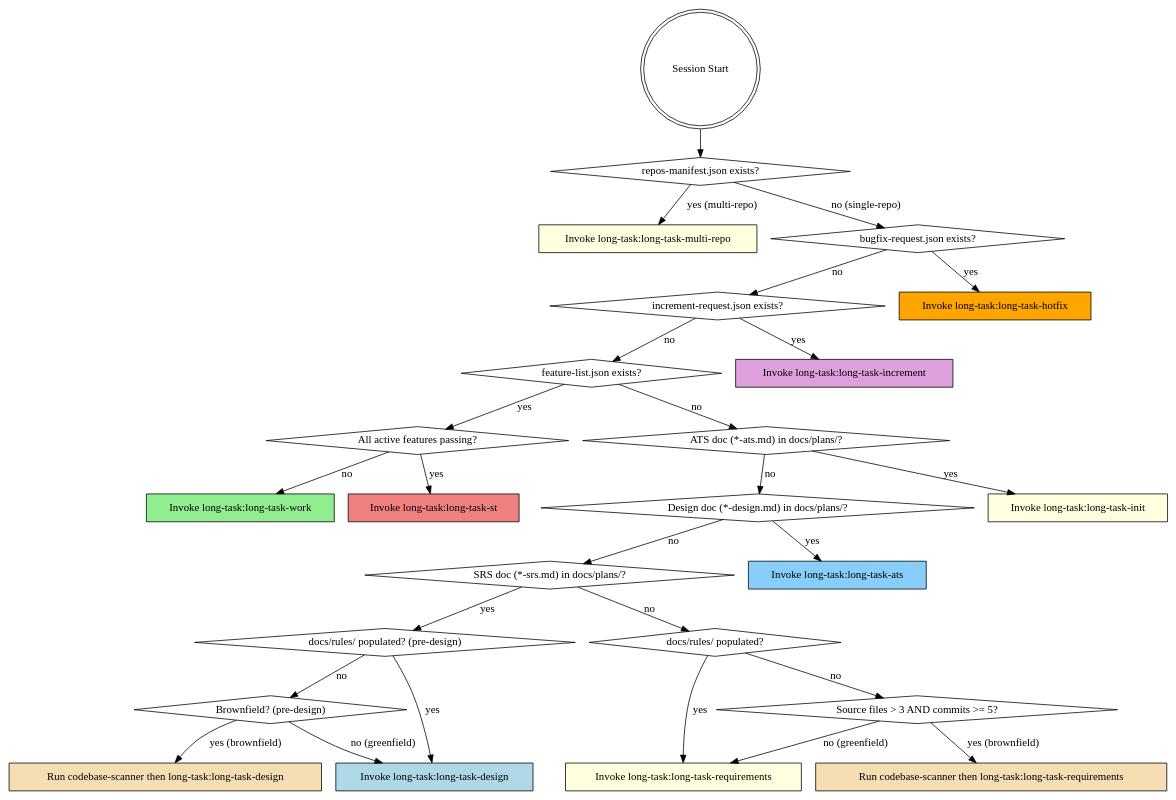
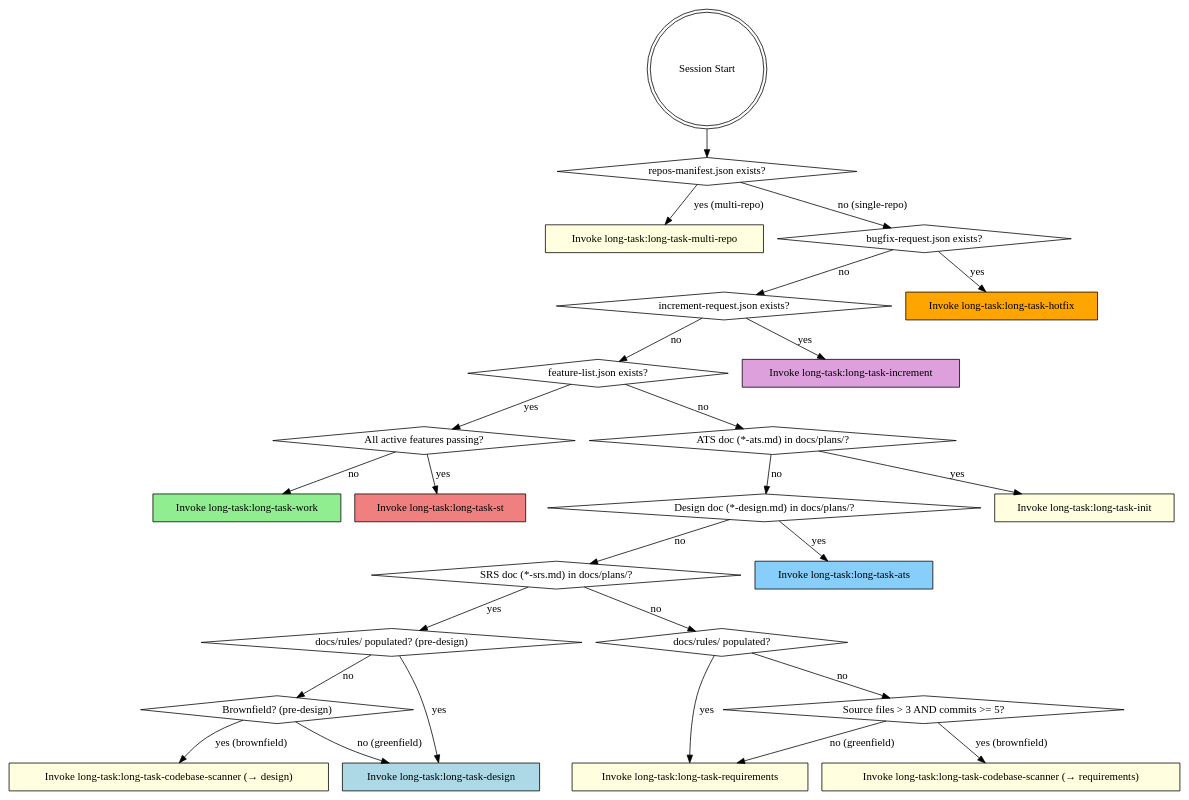
Before and after one commit to suriyel/longtaskforagent: the diagram in skills/using-long-task/SKILL.md, drawn with Graphviz. The commit also changed other lines of this file and 20 other files, not shown here.

````diff
--- a/skills/using-long-task/SKILL.md
+++ b/skills/using-long-task/SKILL.md
@@ -24,55 +24,55 @@
 ```dot
 digraph phase_detection {
     "Session Start" [shape=doublecircle];
     "repos-manifest.json exists?" [shape=diamond];
     "Invoke long-task:long-task-multi-repo" [shape=box style=filled fillcolor=lightyellow];
     "bugfix-request.json exists?" [shape=diamond];
     "increment-request.json exists?" [shape=diamond];
     "feature-list.json exists?" [shape=diamond];
     "All active features passing?" [shape=diamond];
     "Design doc (*-design.md) in docs/plans/?" [shape=diamond];
     "ATS doc (*-ats.md) in docs/plans/?" [shape=diamond];
     "SRS doc (*-srs.md) in docs/plans/?" [shape=diamond];
     "docs/rules/ populated? (pre-design)" [shape=diamond];
     "Brownfield? (pre-design)" [shape=diamond];
     "docs/rules/ populated?" [shape=diamond];
     "Source files > 3 AND commits >= 5?" [shape=diamond];
     "Invoke long-task:long-task-hotfix" [shape=box style=filled fillcolor=orange];
     "Invoke long-task:long-task-increment" [shape=box style=filled fillcolor=plum];
     "Invoke long-task:long-task-requirements" [shape=box style=filled fillcolor=lightyellow];
-    "Run codebase-scanner then long-task:long-task-requirements" [shape=box style=filled fillcolor=wheat];
-    "Run codebase-scanner then long-task:long-task-design" [shape=box style=filled fillcolor=wheat];
+    "Invoke long-task:long-task-codebase-scanner (→ requirements)" [shape=box style=filled fillcolor=lightyellow];
+    "Invoke long-task:long-task-codebase-scanner (→ design)" [shape=box style=filled fillcolor=lightyellow];
     "Invoke long-task:long-task-design" [shape=box style=filled fillcolor=lightblue];
     "Invoke long-task:long-task-ats" [shape=box style=filled fillcolor=lightskyblue];
     "Invoke long-task:long-task-init" [shape=box style=filled fillcolor=lightyellow];
     "Invoke long-task:long-task-work" [shape=box style=filled fillcolor=lightgreen];
     "Invoke long-task:long-task-st" [shape=box style=filled fillcolor=lightcoral];
 
     "Session Start" -> "repos-manifest.json exists?";
     "repos-manifest.json exists?" -> "Invoke long-task:long-task-multi-repo" [label="yes (multi-repo)"];
     "repos-manifest.json exists?" -> "bugfix-request.json exists?" [label="no (single-repo)"];
 
     "bugfix-request.json exists?" -> "Invoke long-task:long-task-hotfix" [label="yes"];
     "bugfix-request.json exists?" -> "increment-request.json exists?" [label="no"];
     "increment-request.json exists?" -> "Invoke long-task:long-task-increment" [label="yes"];
     "increment-request.json exists?" -> "feature-list.json exists?" [label="no"];
     "feature-list.json exists?" -> "All active features passing?" [label="yes"];
     "All active features passing?" -> "Invoke long-task:long-task-st" [label="yes"];
     "All active features passing?" -> "Invoke long-task:long-task-work" [label="no"];
     "feature-list.json exists?" -> "ATS doc (*-ats.md) in docs/plans/?" [label="no"];
     "ATS doc (*-ats.md) in docs/plans/?" -> "Invoke long-task:long-task-init" [label="yes"];
     "ATS doc (*-ats.md) in docs/plans/?" -> "Design doc (*-design.md) in docs/plans/?" [label="no"];
     "Design doc (*-design.md) in docs/plans/?" -> "Invoke long-task:long-task-ats" [label="yes"];
     "Design doc (*-design.md) in docs/plans/?" -> "SRS doc (*-srs.md) in docs/plans/?" [label="no"];
     "SRS doc (*-srs.md) in docs/plans/?" -> "docs/rules/ populated? (pre-design)" [label="yes"];
     "docs/rules/ populated? (pre-design)" -> "Invoke long-task:long-task-design" [label="yes"];
     "docs/rules/ populated? (pre-design)" -> "Brownfield? (pre-design)" [label="no"];
-    "Brownfield? (pre-design)" -> "Run codebase-scanner then long-task:long-task-design" [label="yes (brownfield)"];
+    "Brownfield? (pre-design)" -> "Invoke long-task:long-task-codebase-scanner (→ design)" [label="yes (brownfield)"];
     "Brownfield? (pre-design)" -> "Invoke long-task:long-task-design" [label="no (greenfield)"];
     "SRS doc (*-srs.md) in docs/plans/?" -> "docs/rules/ populated?" [label="no"];
     "docs/rules/ populated?" -> "Invoke long-task:long-task-requirements" [label="yes"];
     "docs/rules/ populated?" -> "Source files > 3 AND commits >= 5?" [label="no"];
-    "Source files > 3 AND commits >= 5?" -> "Run codebase-scanner then long-task:long-task-requirements" [label="yes (brownfield)"];
+    "Source files > 3 AND commits >= 5?" -> "Invoke long-task:long-task-codebase-scanner (→ requirements)" [label="yes (brownfield)"];
     "Source files > 3 AND commits >= 5?" -> "Invoke long-task:long-task-requirements" [label="no (greenfield)"];
 }
 ```
````
